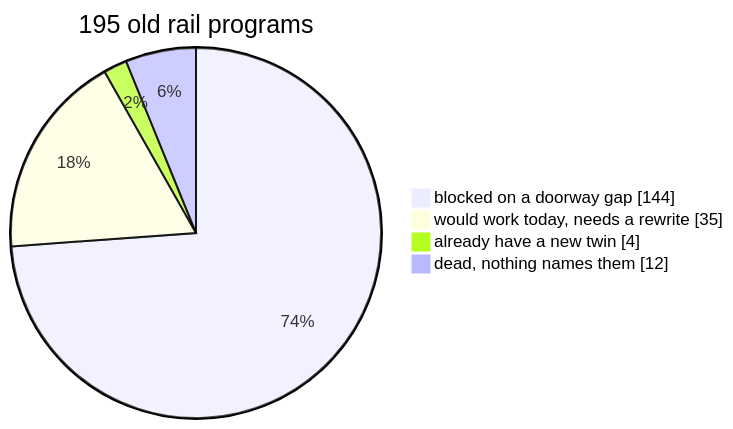
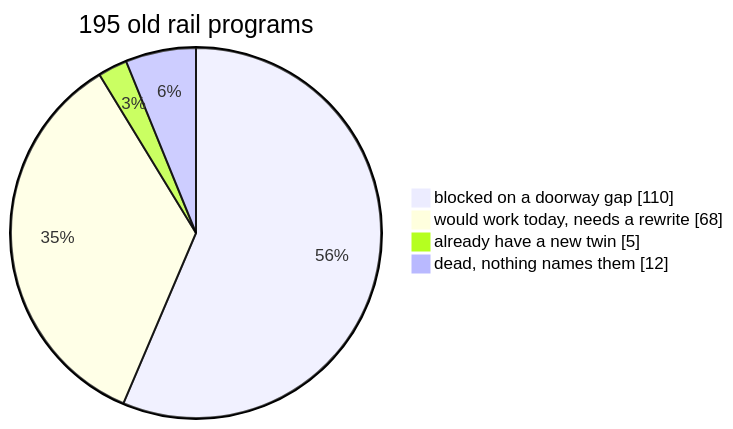
The sixth of 7 diagrams in plans/2026-08-21-v5-retirement.PLAN.visual.human.unga.md (hafley66/sprefa), drawn with Mermaid before and after one commit. The commit also changed other lines of this file and 20 other files, not shown here.

````diff
--- a/plans/2026-08-21-v5-retirement.PLAN.visual.human.unga.md
+++ b/plans/2026-08-21-v5-retirement.PLAN.visual.human.unga.md
@@ -139,8 +139,8 @@
 ```mermaid
 pie showData
     title 195 old rail programs
-    "blocked on a doorway gap" : 144
-    "would work today, needs a rewrite" : 35
-    "already have a new twin" : 4
+    "blocked on a doorway gap" : 110
+    "would work today, needs a rewrite" : 68
+    "already have a new twin" : 5
     "dead, nothing names them" : 12
 ```
````
